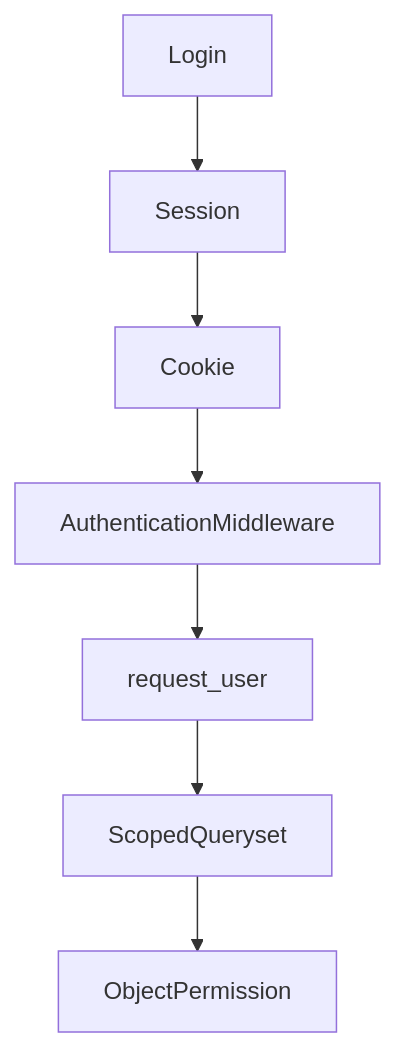
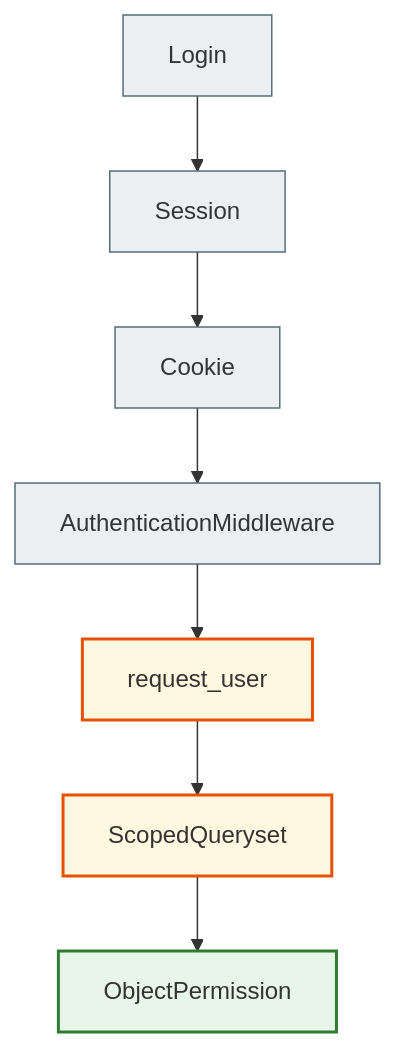
One commit to NikoriakViktot/notes_chat_app changed the diagram in docs/07_auth_and_security/auth_sessions_permissions.md. Above: the diagram before and after it, drawn with Mermaid. The commit also changed 441 other files, not shown here.

First line of the commit message:
Add English version of the book, Mermaid standard, docs fixes

````diff
--- a/docs/07_auth_and_security/auth_sessions_permissions.md
+++ b/docs/07_auth_and_security/auth_sessions_permissions.md
@@ -19,5 +19,12 @@
 ```mermaid
 flowchart TD
 Login --> Session --> Cookie --> AuthenticationMiddleware --> request_user
 request_user --> ScopedQueryset --> ObjectPermission
+
+classDef step     fill:#eceff1,stroke:#546e7a,stroke-width:1px;
+classDef success  fill:#e8f5e9,stroke:#2e7d32,stroke-width:2px;
+classDef warning  fill:#fff8e1,stroke:#e65100,stroke-width:2px;
+class Login,Session,Cookie,AuthenticationMiddleware step;
+class ObjectPermission success;
+class request_user,ScopedQueryset warning;
 ```
````
